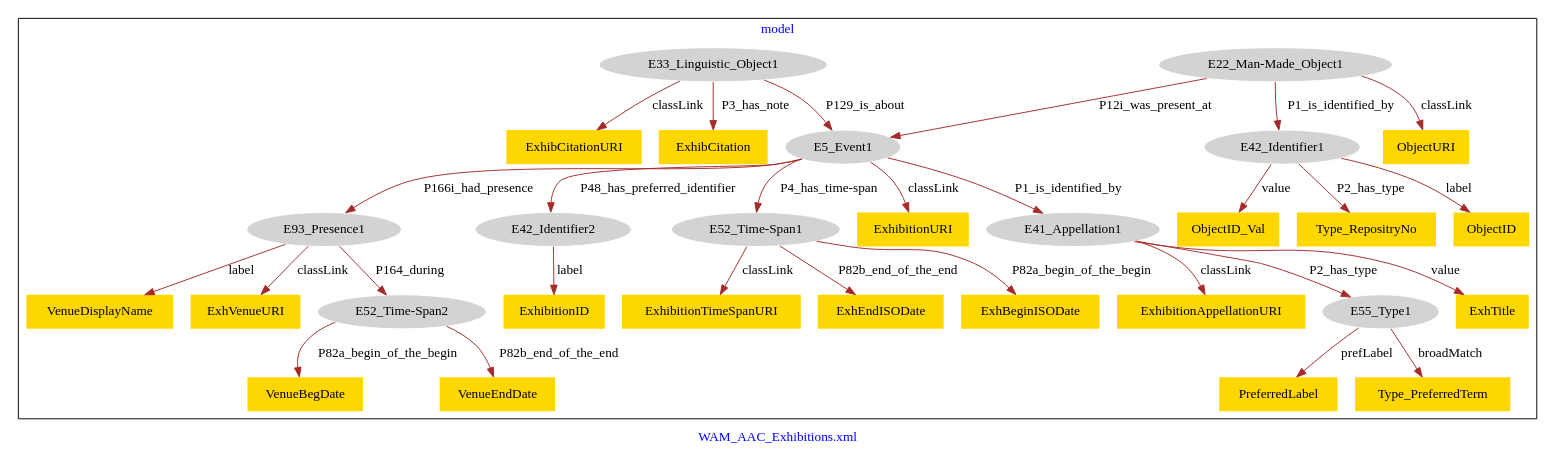
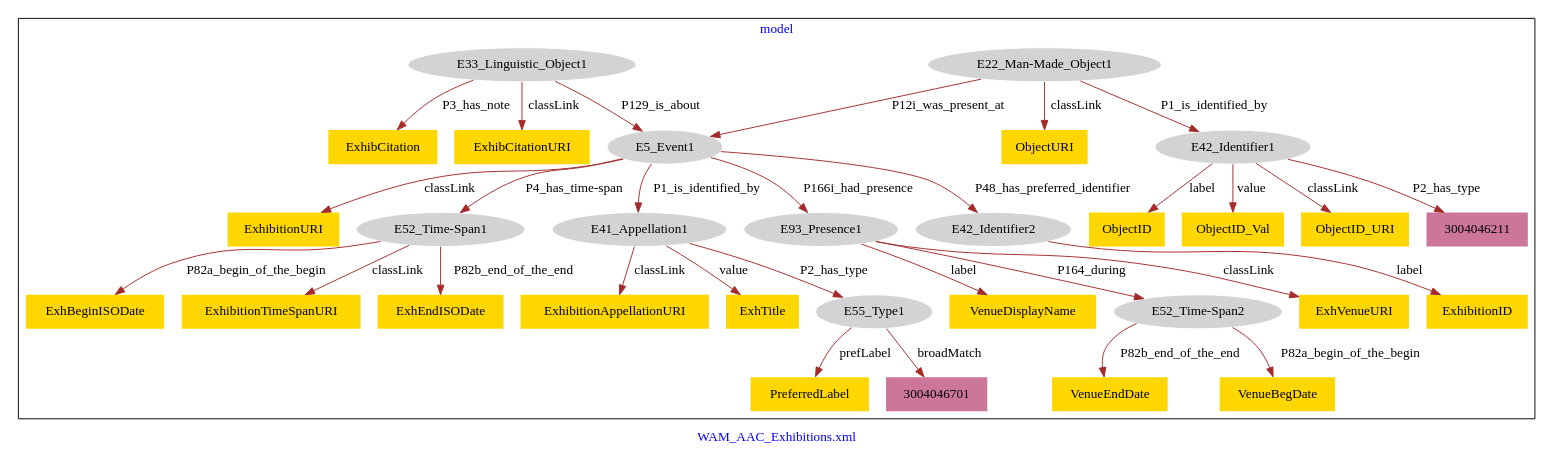
One commit to american-art/wam changed the diagram in WAM_AAC_Exhibitions/WAM_AAC_Exhibitions-model.dot. Above: the diagram before and after it, drawn with Graphviz. The commit also changed 4 other files, not shown here.

```diff
--- a/WAM_AAC_Exhibitions/WAM_AAC_Exhibitions-model.dot
+++ b/WAM_AAC_Exhibitions/WAM_AAC_Exhibitions-model.dot
@@ -1,65 +1,67 @@
 digraph n0 {
 fontcolor="blue"
 remincross="true"
 label="WAM_AAC_Exhibitions.xml"
 subgraph cluster {
 label="model"
-n2[style="filled",color="white",fillcolor="lightgray",label="E52_Time-Span1"];
-n3[shape="plaintext",style="filled",fillcolor="gold",label="ExhBeginISODate"];
-n4[style="filled",color="white",fillcolor="lightgray",label="E52_Time-Span2"];
-n5[shape="plaintext",style="filled",fillcolor="gold",label="VenueBegDate"];
-n6[style="filled",color="white",fillcolor="lightgray",label="E22_Man-Made_Object1"];
-n7[style="filled",color="white",fillcolor="lightgray",label="E42_Identifier1"];
-n8[style="filled",color="white",fillcolor="lightgray",label="E5_Event1"];
-n9[shape="plaintext",style="filled",fillcolor="gold",label="ExhibitionURI"];
-n10[style="filled",color="white",fillcolor="lightgray",label="E41_Appellation1"];
-n11[style="filled",color="white",fillcolor="lightgray",label="E33_Linguistic_Object1"];
-n12[shape="plaintext",style="filled",fillcolor="gold",label="ExhTitle"];
-n13[style="filled",color="white",fillcolor="lightgray",label="E93_Presence1"];
-n14[shape="plaintext",style="filled",fillcolor="gold",label="ExhibitionTimeSpanURI"];
-n15[shape="plaintext",style="filled",fillcolor="gold",label="VenueDisplayName"];
-n16[style="filled",color="white",fillcolor="lightgray",label="E42_Identifier2"];
-n17[shape="plaintext",style="filled",fillcolor="gold",label="ExhibitionID"];
-n18[shape="plaintext",style="filled",fillcolor="gold",label="ExhibCitationURI"];
-n19[shape="plaintext",style="filled",fillcolor="gold",label="Type_RepositryNo"];
-n20[shape="plaintext",style="filled",fillcolor="gold",label="ObjectURI"];
-n21[shape="plaintext",style="filled",fillcolor="gold",label="ExhibitionAppellationURI"];
-n22[shape="plaintext",style="filled",fillcolor="gold",label="ExhEndISODate"];
-n23[shape="plaintext",style="filled",fillcolor="gold",label="ExhibCitation"];
-n24[style="filled",color="white",fillcolor="lightgray",label="E55_Type1"];
-n25[shape="plaintext",style="filled",fillcolor="gold",label="PreferredLabel"];
-n26[shape="plaintext",style="filled",fillcolor="gold",label="ExhVenueURI"];
-n27[shape="plaintext",style="filled",fillcolor="gold",label="ObjectID"];
-n28[shape="plaintext",style="filled",fillcolor="gold",label="VenueEndDate"];
-n29[shape="plaintext",style="filled",fillcolor="gold",label="Type_PreferredTerm"];
-n30[shape="plaintext",style="filled",fillcolor="gold",label="ObjectID_Val"];
+n2[style="filled",color="white",fillcolor="lightgray",label="E22_Man-Made_Object1"];
+n3[shape="plaintext",style="filled",fillcolor="gold",label="ObjectURI"];
+n4[style="filled",color="white",fillcolor="lightgray",label="E42_Identifier1"];
+n5[style="filled",color="white",fillcolor="lightgray",label="E5_Event1"];
+n6[style="filled",color="white",fillcolor="lightgray",label="E52_Time-Span1"];
+n7[shape="plaintext",style="filled",fillcolor="#CC7799",label="3004046211"];
+n8[style="filled",color="white",fillcolor="lightgray",label="E41_Appellation1"];
+n9[shape="plaintext",style="filled",fillcolor="gold",label="ExhEndISODate"];
+n10[style="filled",color="white",fillcolor="lightgray",label="E33_Linguistic_Object1"];
+n11[style="filled",color="white",fillcolor="lightgray",label="E93_Presence1"];
+n12[style="filled",color="white",fillcolor="lightgray",label="E42_Identifier2"];
+n13[shape="plaintext",style="filled",fillcolor="gold",label="ExhibitionID"];
+n14[shape="plaintext",style="filled",fillcolor="gold",label="ExhibCitation"];
+n15[shape="plaintext",style="filled",fillcolor="gold",label="ExhVenueURI"];
+n16[shape="plaintext",style="filled",fillcolor="gold",label="ObjectID"];
+n17[shape="plaintext",style="filled",fillcolor="gold",label="ExhBeginISODate"];
+n18[shape="plaintext",style="filled",fillcolor="gold",label="VenueDisplayName"];
+n19[style="filled",color="white",fillcolor="lightgray",label="E55_Type1"];
+n20[shape="plaintext",style="filled",fillcolor="gold",label="PreferredLabel"];
+n21[shape="plaintext",style="filled",fillcolor="gold",label="ExhibitionURI"];
+n22[shape="plaintext",style="filled",fillcolor="gold",label="ExhibitionAppellationURI"];
+n23[shape="plaintext",style="filled",fillcolor="gold",label="ExhibCitationURI"];
+n24[shape="plaintext",style="filled",fillcolor="gold",label="ExhTitle"];
+n25[shape="plaintext",style="filled",fillcolor="gold",label="ExhibitionTimeSpanURI"];
+n26[style="filled",color="white",fillcolor="lightgray",label="E52_Time-Span2"];
+n27[shape="plaintext",style="filled",fillcolor="gold",label="ObjectID_Val"];
+n28[shape="plaintext",style="filled",fillcolor="#CC7799",label="3004046701"];
+n29[shape="plaintext",style="filled",fillcolor="gold",label="VenueEndDate"];
+n30[shape="plaintext",style="filled",fillcolor="gold",label="VenueBegDate"];
+n31[shape="plaintext",style="filled",fillcolor="gold",label="ObjectID_URI"];
 }
-n2 -> n3[color="brown",fontcolor="black",label="P82a_begin_of_the_begin"]
-n4 -> n5[color="brown",fontcolor="black",label="P82a_begin_of_the_begin"]
-n6 -> n7[color="brown",fontcolor="black",label="P1_is_identified_by"]
-n8 -> n9[color="brown",fontcolor="black",label="classLink"]
-n8 -> n2[color="brown",fontcolor="black",label="P4_has_time-span"]
-n8 -> n10[color="brown",fontcolor="black",label="P1_is_identified_by"]
-n11 -> n8[color="brown",fontcolor="black",label="P129_is_about"]
-n10 -> n12[color="brown",fontcolor="black",label="value"]
-n8 -> n13[color="brown",fontcolor="black",label="P166i_had_presence"]
-n2 -> n14[color="brown",fontcolor="black",label="classLink"]
-n13 -> n15[color="brown",fontcolor="black",label="label"]
-n8 -> n16[color="brown",fontcolor="black",label="P48_has_preferred_identifier"]
-n16 -> n17[color="brown",fontcolor="black",label="label"]
-n11 -> n18[color="brown",fontcolor="black",label="classLink"]
-n7 -> n19[color="brown",fontcolor="black",label="P2_has_type"]
-n6 -> n8[color="brown",fontcolor="black",label="P12i_was_present_at"]
-n6 -> n20[color="brown",fontcolor="black",label="classLink"]
-n10 -> n21[color="brown",fontcolor="black",label="classLink"]
-n2 -> n22[color="brown",fontcolor="black",label="P82b_end_of_the_end"]
-n11 -> n23[color="brown",fontcolor="black",label="P3_has_note"]
-n24 -> n25[color="brown",fontcolor="black",label="prefLabel"]
-n13 -> n26[color="brown",fontcolor="black",label="classLink"]
-n10 -> n24[color="brown",fontcolor="black",label="P2_has_type"]
-n13 -> n4[color="brown",fontcolor="black",label="P164_during"]
-n7 -> n27[color="brown",fontcolor="black",label="label"]
-n4 -> n28[color="brown",fontcolor="black",label="P82b_end_of_the_end"]
-n24 -> n29[color="brown",fontcolor="black",label="broadMatch"]
-n7 -> n30[color="brown",fontcolor="black",label="value"]
+n2 -> n3[color="brown",fontcolor="black",label="classLink"]
+n2 -> n4[color="brown",fontcolor="black",label="P1_is_identified_by"]
+n5 -> n6[color="brown",fontcolor="black",label="P4_has_time-span"]
+n4 -> n7[color="brown",fontcolor="black",label="P2_has_type"]
+n5 -> n8[color="brown",fontcolor="black",label="P1_is_identified_by"]
+n6 -> n9[color="brown",fontcolor="black",label="P82b_end_of_the_end"]
+n10 -> n5[color="brown",fontcolor="black",label="P129_is_about"]
+n5 -> n11[color="brown",fontcolor="black",label="P166i_had_presence"]
+n12 -> n13[color="brown",fontcolor="black",label="label"]
+n10 -> n14[color="brown",fontcolor="black",label="P3_has_note"]
+n11 -> n15[color="brown",fontcolor="black",label="classLink"]
+n4 -> n16[color="brown",fontcolor="black",label="label"]
+n5 -> n12[color="brown",fontcolor="black",label="P48_has_preferred_identifier"]
+n2 -> n5[color="brown",fontcolor="black",label="P12i_was_present_at"]
+n6 -> n17[color="brown",fontcolor="black",label="P82a_begin_of_the_begin"]
+n11 -> n18[color="brown",fontcolor="black",label="label"]
+n19 -> n20[color="brown",fontcolor="black",label="prefLabel"]
+n5 -> n21[color="brown",fontcolor="black",label="classLink"]
+n8 -> n22[color="brown",fontcolor="black",label="classLink"]
+n10 -> n23[color="brown",fontcolor="black",label="classLink"]
+n8 -> n24[color="brown",fontcolor="black",label="value"]
+n6 -> n25[color="brown",fontcolor="black",label="classLink"]
+n8 -> n19[color="brown",fontcolor="black",label="P2_has_type"]
+n11 -> n26[color="brown",fontcolor="black",label="P164_during"]
+n4 -> n27[color="brown",fontcolor="black",label="value"]
+n19 -> n28[color="brown",fontcolor="black",label="broadMatch"]
+n26 -> n29[color="brown",fontcolor="black",label="P82b_end_of_the_end"]
+n26 -> n30[color="brown",fontcolor="black",label="P82a_begin_of_the_begin"]
+n4 -> n31[color="brown",fontcolor="black",label="classLink"]
 }
```
